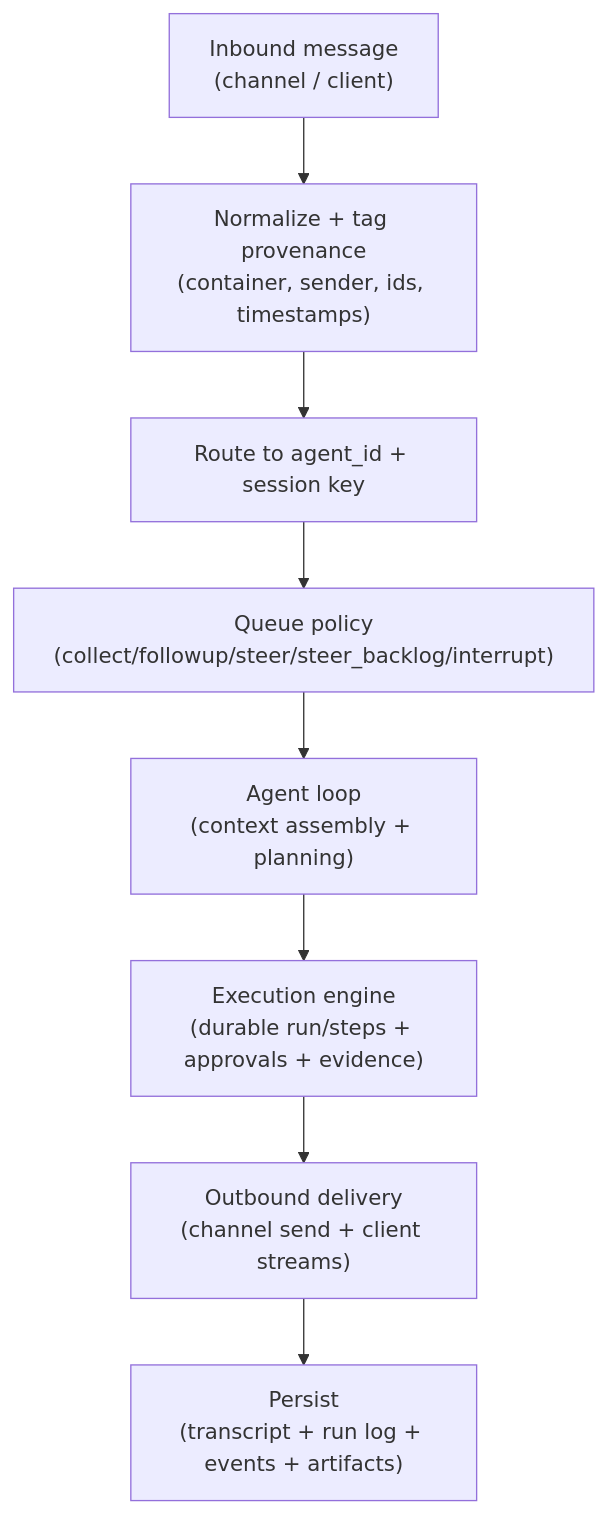
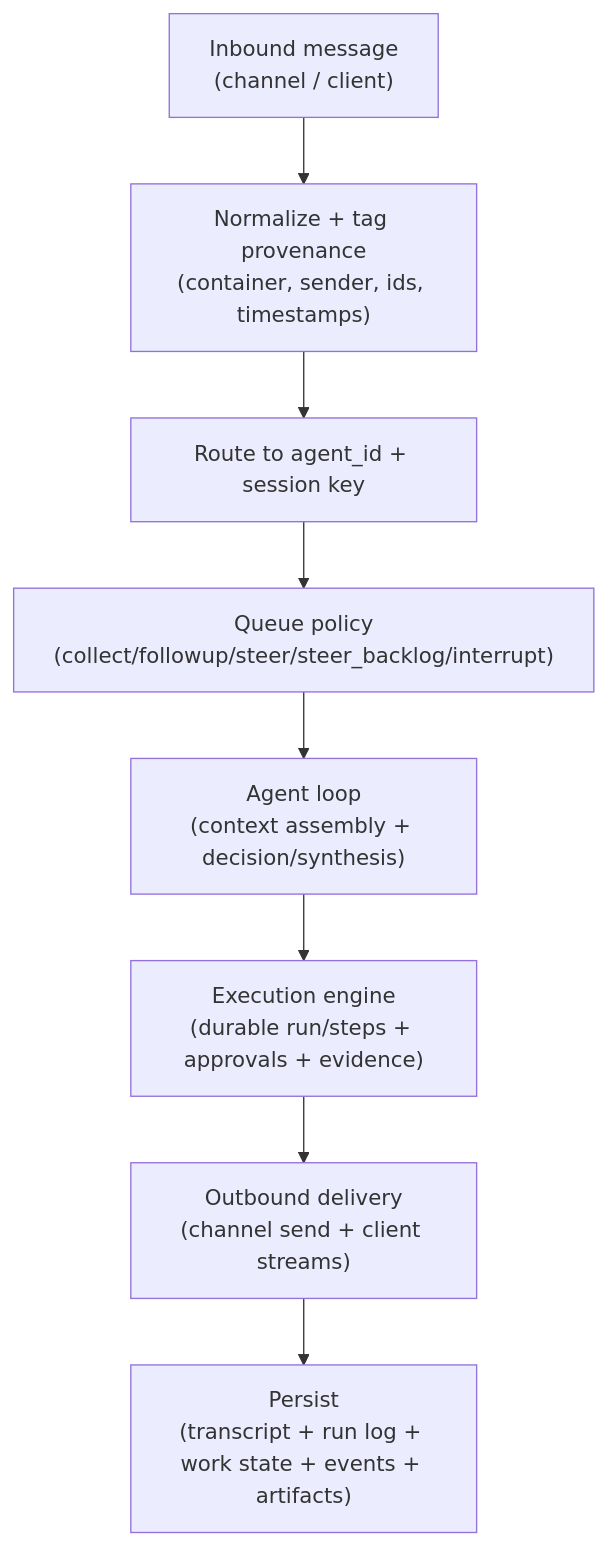
One commit to tyrumai/tyrum changed the diagram in docs/architecture/messages-sessions.md. Above: the diagram before and after it, drawn with Mermaid. The commit also changed 13 other files, not shown here.

````diff
--- a/docs/architecture/messages-sessions.md
+++ b/docs/architecture/messages-sessions.md
@@ -7,10 +7,10 @@
 ```mermaid
 flowchart TB
   IN["Inbound message<br/>(channel / client)"] --> NORM["Normalize + tag provenance<br/>(container, sender, ids, timestamps)"]
   NORM --> ROUTE["Route to agent_id + session key"]
   ROUTE --> Q["Queue policy<br/>(collect/followup/steer/steer_backlog/interrupt)"]
-  Q --> LOOP["Agent loop<br/>(context assembly + planning)"]
+  Q --> LOOP["Agent loop<br/>(context assembly + decision/synthesis)"]
   LOOP --> ENG["Execution engine<br/>(durable run/steps + approvals + evidence)"]
   ENG --> OUT["Outbound delivery<br/>(channel send + client streams)"]
-  OUT --> PERSIST["Persist<br/>(transcript + run log + events + artifacts)"]
+  OUT --> PERSIST["Persist<br/>(transcript + run log + work state + events + artifacts)"]
 ```
````
